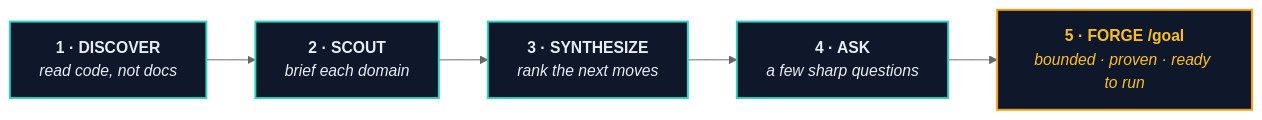
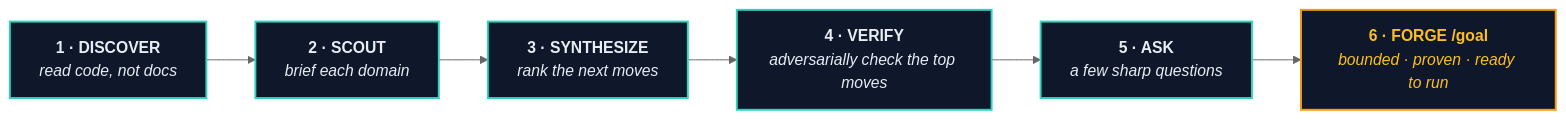
The diagram in README.md (chrisduvillard/pathfinder-skill), drawn with Mermaid (neutral theme) before and after one commit. The commit also changed other lines of this file, not shown here.

Commit message:
docs: add 03b-verification.md to the README pipeline

````diff
--- a/README.md
+++ b/README.md
@@ -70,15 +70,16 @@
 ```mermaid
 flowchart LR
     A["<b>1 · DISCOVER</b><br/><i>read code, not docs</i>"]
     B["<b>2 · SCOUT</b><br/><i>brief each domain</i>"]
     C["<b>3 · SYNTHESIZE</b><br/><i>rank the next moves</i>"]
-    D["<b>4 · ASK</b><br/><i>a few sharp questions</i>"]
-    E["<b>5 · FORGE /goal</b><br/><i>bounded · proven · ready to run</i>"]
+    V["<b>4 · VERIFY</b><br/><i>adversarially check the top moves</i>"]
+    D["<b>5 · ASK</b><br/><i>a few sharp questions</i>"]
+    E["<b>6 · FORGE /goal</b><br/><i>bounded · proven · ready to run</i>"]
 
-    A --> B --> C --> D --> E
+    A --> B --> C --> V --> D --> E
 
     classDef step fill:#0F172A,stroke:#2DD4BF,stroke-width:2px,color:#E6EDF3;
     classDef forge fill:#0F172A,stroke:#F59E0B,stroke-width:2px,color:#FBBF24;
-    class A,B,C,D step;
+    class A,B,C,V,D step;
     class E forge;
 ```
````
